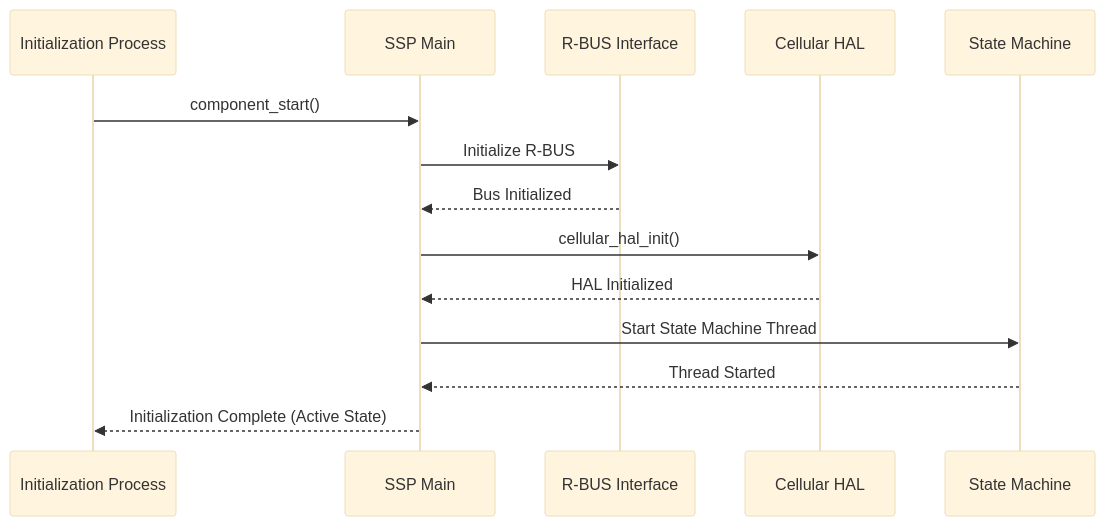
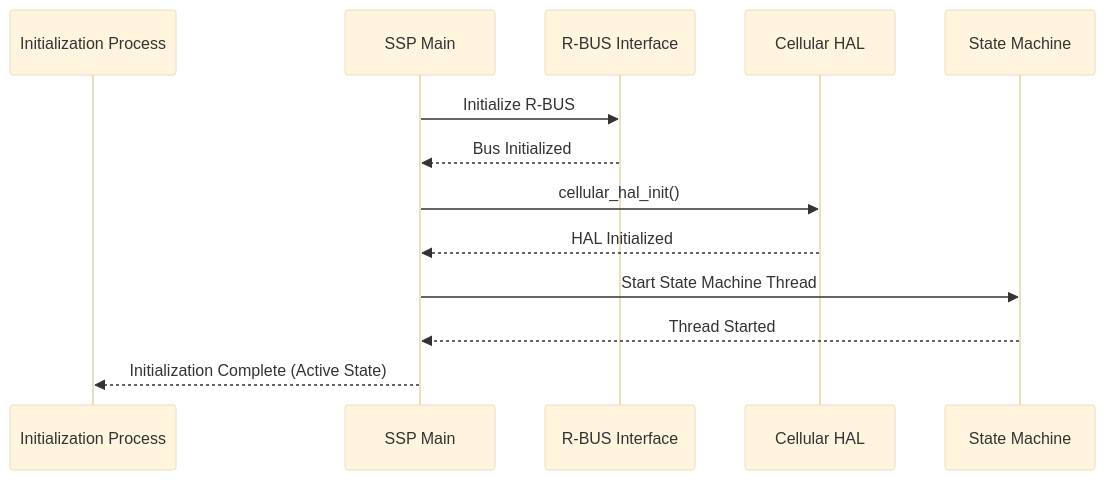
One commit to rdkcentral/cellular-modem-manager changed the sixth of 9 diagrams in README.md. Above: the diagram before and after it, drawn with Mermaid (base theme). The commit also changed other lines of this file, not shown here.

````diff
--- a/README.md
+++ b/README.md
@@ -391,17 +391,16 @@
 ```mermaid
 sequenceDiagram
     participant Init as Initialization Process
     participant SSP as SSP Main
     participant MsgBus as R-BUS Interface
     participant HAL as Cellular HAL
     participant SM as State Machine
 
-    Init->>SSP: component_start()
     SSP->>MsgBus: Initialize R-BUS
     MsgBus-->>SSP: Bus Initialized
     SSP->>HAL: cellular_hal_init()
     HAL-->>SSP: HAL Initialized
     SSP->>SM: Start State Machine Thread
     SM-->>SSP: Thread Started
     SSP-->>Init: Initialization Complete (Active State)
 ```
````
